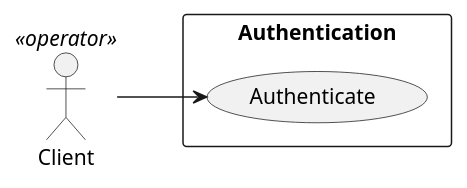
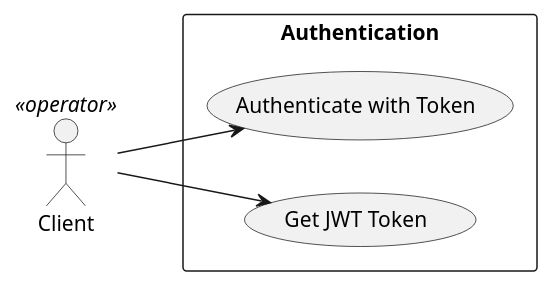
The diagram in diagrams/UseCases/UseCase_Authentication.puml (Xwyk/BileMo), drawn with PlantUML before and after one commit. The commit also changed 2 other files, not shown here.

Commit message:
authentication diagram update

```diff
--- a/diagrams/UseCases/UseCase_Authentication.puml
+++ b/diagrams/UseCases/UseCase_Authentication.puml
@@ -1,14 +1,16 @@
 @startuml
 
 left to right direction
 
 
 Client    <<operator>> as client
 
 rectangle "Authentication" {
-  (Authenticate) as auth
+  (Authenticate with Token) as auth
+  (Get JWT Token) as getToken
 }
 
 client --> auth
+client --> getToken
 
 @enduml
```
